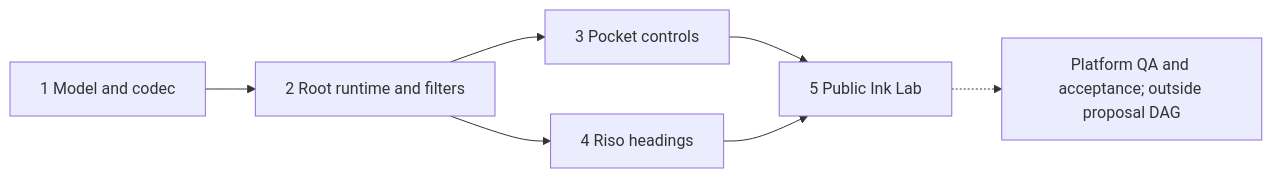
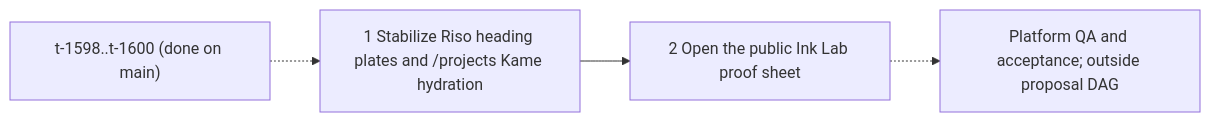
The third of 3 diagrams in projects/otohime-dev-riso-print-shop-ink-lab-1-riso-print-shop-headin/plan.md (quiinthieu/otohime), drawn with Mermaid before and after one commit. The commit also changed other lines of this file, not shown here.

Commit message:
pm-268/run-9245: Replan Riso headings Kame hydration fix and Ink Lab

````diff
--- a/projects/otohime-dev-riso-print-shop-ink-lab-1-riso-print-shop-headin/plan.md
+++ b/projects/otohime-dev-riso-print-shop-ink-lab-1-riso-print-shop-headin/plan.md
@@ -170,9 +183,6 @@
 ```mermaid
 flowchart LR
-  A["1 Model and codec"] --> B["2 Root runtime and filters"]
-  B --> C["3 Pocket controls"]
-  B --> D["4 Riso headings"]
-  C --> E["5 Public Ink Lab"]
-  D --> E
-  E -.-> F["Platform QA and acceptance; outside proposal DAG"]
+  D1["t-1598..t-1600 (done on main)"] -.-> T1["1 Stabilize Riso heading plates and /projects Kame hydration"]
+  T1 --> T2["2 Open the public Ink Lab proof sheet"]
+  T2 -.-> QA["Platform QA and acceptance; outside proposal DAG"]
 ```
````
